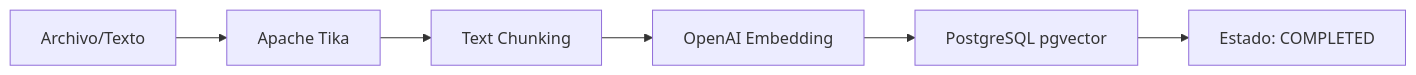
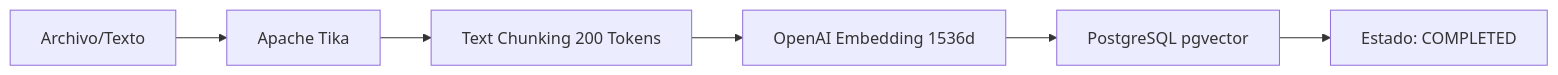
The first of 2 diagrams in README.md (JoshRivas313/DocuCanvas), drawn with Mermaid before and after one commit. The commit also changed other lines of this file, not shown here.

````diff
--- a/README.md
+++ b/README.md
@@ -157,8 +78,8 @@
 ```mermaid
 graph LR
     A[Archivo/Texto] --> B[Apache Tika]
-    B --> C[Text Chunking]
-    C --> D[OpenAI Embedding]
+    B --> C[Text Chunking 200 Tokens]
+    C --> D[OpenAI Embedding 1536d]
     D --> E[PostgreSQL pgvector]
     E --> F[Estado: COMPLETED]
 ```
````
